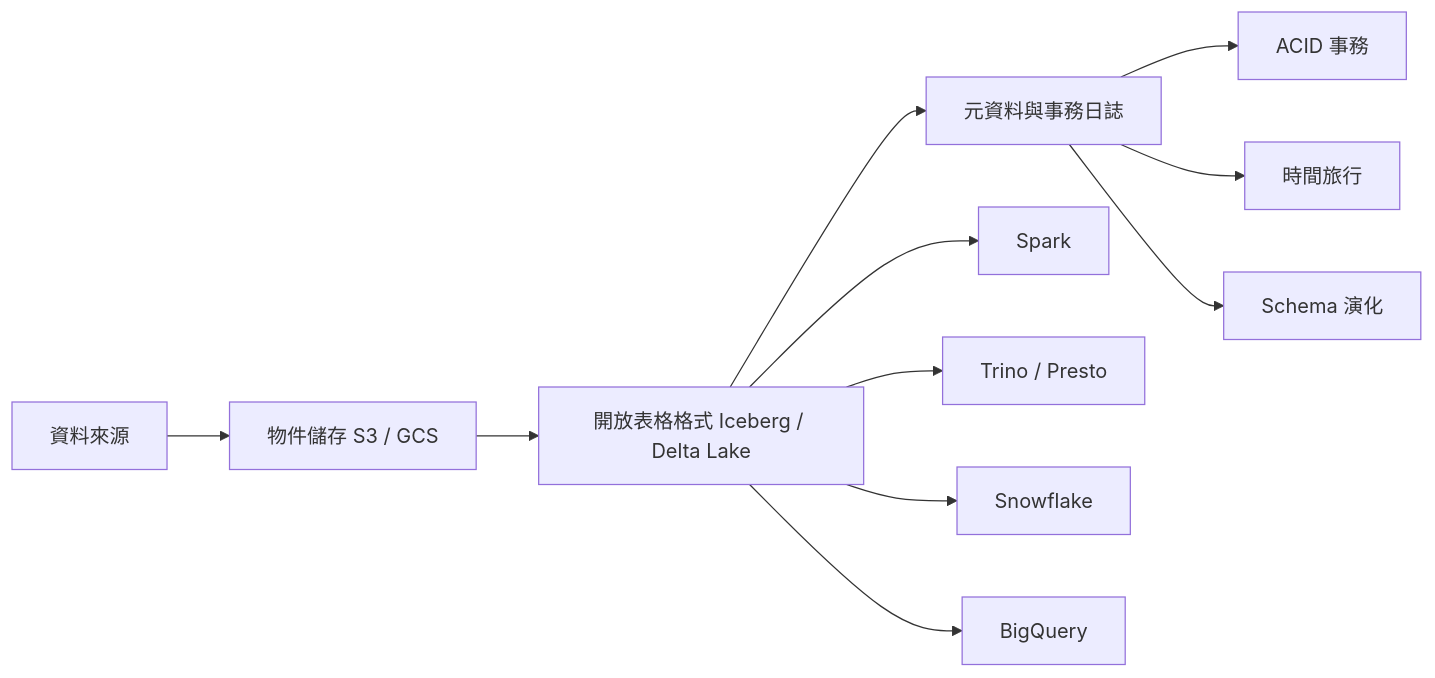
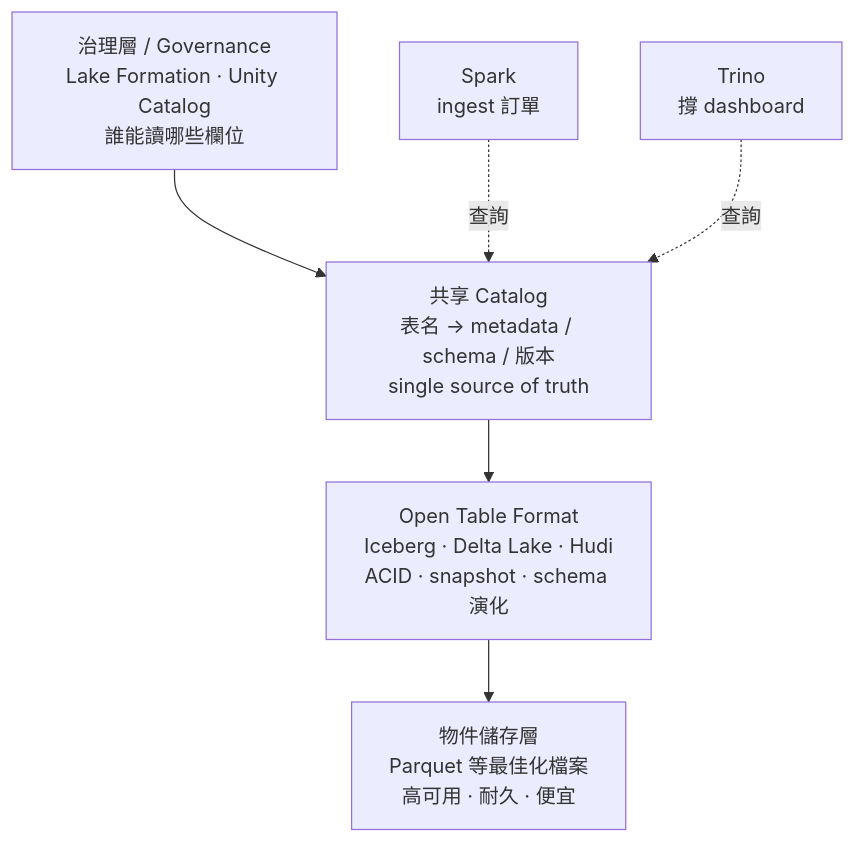
The diagram in src/content/posts/tech/2026-05-06-what-is-a-data-lakehouse.md (a920604a/engineernews), drawn with Mermaid before and after one commit. The commit also changed other lines of this file and 468 other files, not shown here.

````diff
--- a/src/content/posts/tech/2026-05-06-what-is-a-data-lakehouse.md
+++ b/src/content/posts/tech/2026-05-06-what-is-a-data-lakehouse.md
@@ -33,13 +88,10 @@
 ```mermaid
-graph LR
-    A[資料來源] --> B[物件儲存 S3 / GCS]
-    B --> C[開放表格格式 Iceberg / Delta Lake]
-    C --> D[元資料與事務日誌]
-    C --> E[Spark]
-    C --> F[Trino / Presto]
-    C --> G[Snowflake]
-    C --> H[BigQuery]
-    D --> I[ACID 事務]
-    D --> J[時間旅行]
-    D --> K[Schema 演化]
+graph TD
+    A[治理層 / Governance<br/>Lake Formation · Unity Catalog<br/>誰能讀哪些欄位] --> B
+    B[共享 Catalog<br/>表名 → metadata / schema / 版本<br/>single source of truth] --> C
+    C[Open Table Format<br/>Iceberg · Delta Lake · Hudi<br/>ACID · snapshot · schema 演化] --> D
+    D[物件儲存層<br/>Parquet 等最佳化檔案<br/>高可用 · 耐久 · 便宜]
+
+    E[Spark<br/>ingest 訂單] -.查詢.-> B
+    F[Trino<br/>撐 dashboard] -.查詢.-> B
 ```
````
